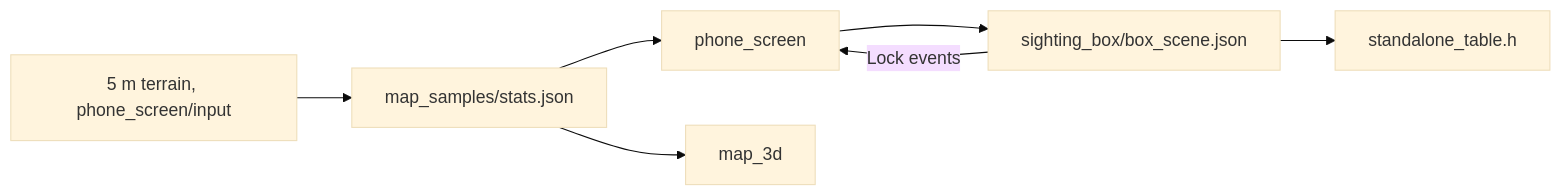
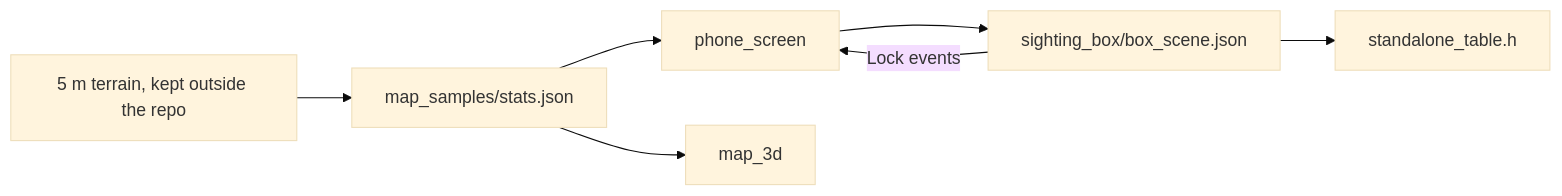
Before and after one commit to CodeMetalForge-Hackathon/Team-08-RIDGELINE: the diagram in mockups/README.md, drawn with Mermaid (base theme). The commit also changed other lines of this file and 1 other file, not shown here.

First line of the commit message:
Drop the 5 m DEM from mockups, per the new .tif ignore

````diff
--- a/mockups/README.md
+++ b/mockups/README.md
@@ -19,9 +19,9 @@
 ```mermaid
 flowchart LR
-  DEM[5 m terrain, phone_screen/input] --> Samples[map_samples/stats.json]
+  DEM[5 m terrain, kept outside the repo] --> Samples[map_samples/stats.json]
   Samples --> Phone[phone_screen]
   Samples --> Map3D[map_3d]
   Phone --> Box[sighting_box/box_scene.json]
   Box --> Table[standalone_table.h]
   Box -- Lock events --> Phone
 ```
````
